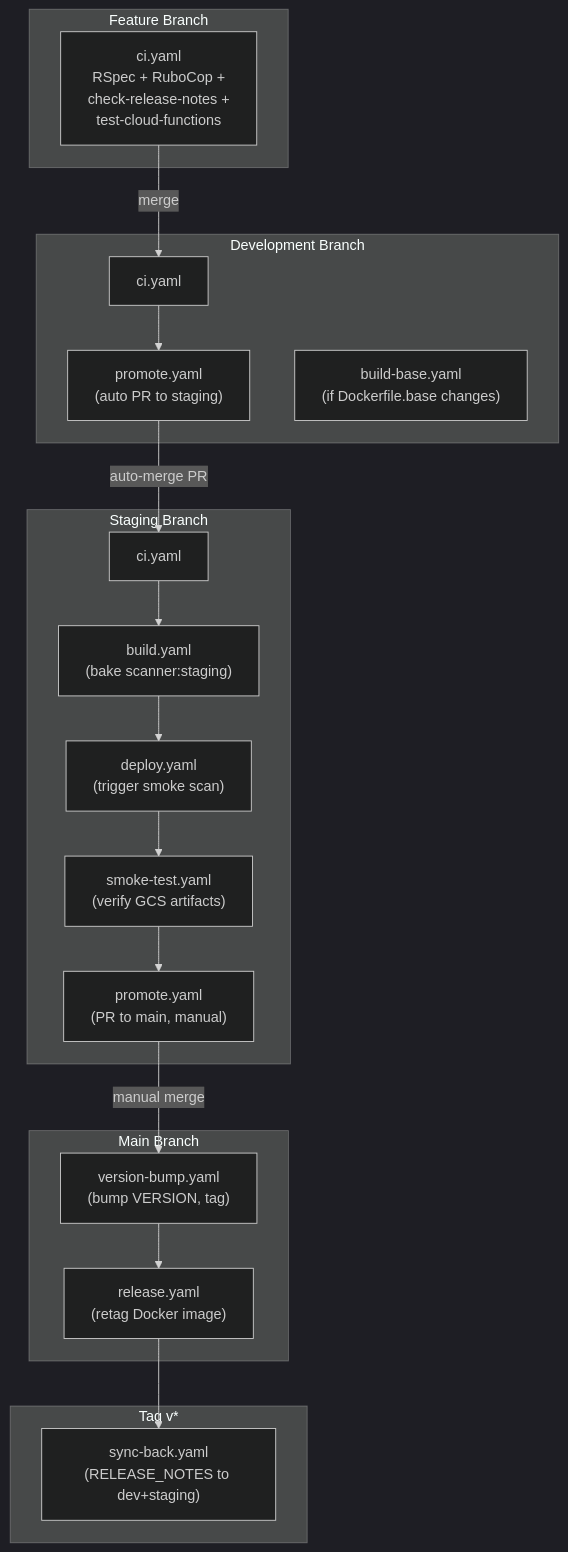
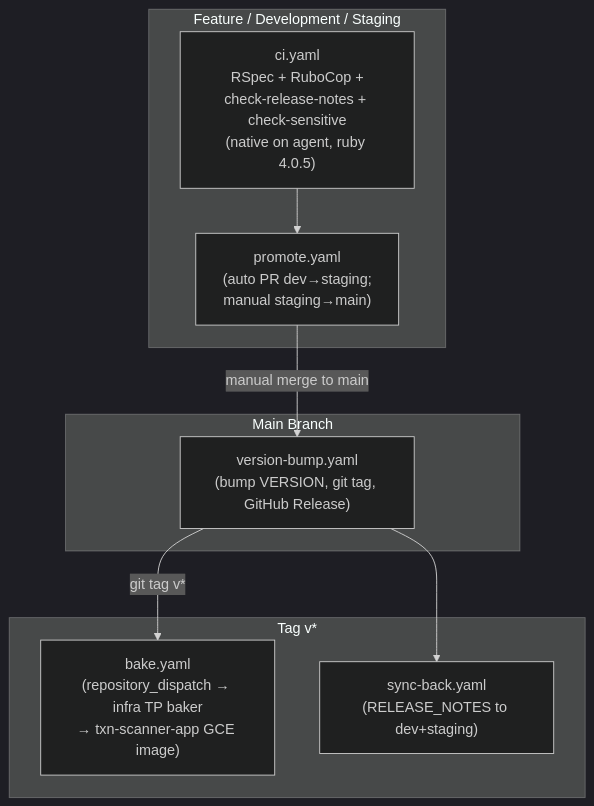
Before and after one commit to Peregrine-Technology-Systems/peregrine-penetrator-scanner: diagram 15 of 23 in docs/ARCHITECTURE.md, drawn with Mermaid (dark theme). The commit also changed other lines of this file and 2 other files, not shown here.

First line of the commit message:
docs: finalize org-native docs — Docker removed, native is live (#916)

````diff
--- a/docs/ARCHITECTURE.md
+++ b/docs/ARCHITECTURE.md
@@ -581,40 +583,21 @@
 ```mermaid
 flowchart TD
-    subgraph "Feature Branch"
-        CI_F["ci.yaml<br/>RSpec + RuboCop +<br/>check-release-notes +<br/>test-cloud-functions"]
-    end
-
-    subgraph "Development Branch"
-        CI_D["ci.yaml"]
-        P_D["promote.yaml<br/>(auto PR to staging)"]
-        BB["build-base.yaml<br/>(if Dockerfile.base changes)"]
-    end
-
-    subgraph "Staging Branch"
-        CI_S["ci.yaml"]
-        BUILD["build.yaml<br/>(bake scanner:staging)"]
-        DEPLOY["deploy.yaml<br/>(trigger smoke scan)"]
-        SMOKE["smoke-test.yaml<br/>(verify GCS artifacts)"]
-        P_S["promote.yaml<br/>(PR to main, manual)"]
+    subgraph "Feature / Development / Staging"
+        CI["ci.yaml<br/>RSpec + RuboCop +<br/>check-release-notes + check-sensitive<br/>(native on agent, ruby 4.0.5)"]
+        PROM["promote.yaml<br/>(auto PR dev→staging;<br/>manual staging→main)"]
     end
 
     subgraph "Main Branch"
-        VB["version-bump.yaml<br/>(bump VERSION, tag)"]
-        REL["release.yaml<br/>(retag Docker image)"]
+        VB["version-bump.yaml<br/>(bump VERSION, git tag, GitHub Release)"]
     end
 
     subgraph "Tag v*"
+        BAKE["bake.yaml<br/>(repository_dispatch → infra TP baker<br/>→ txn-scanner-app GCE image)"]
         SB["sync-back.yaml<br/>(RELEASE_NOTES to dev+staging)"]
     end
 
-    CI_F -->|"merge"| CI_D
-    CI_D --> P_D
-    P_D -->|"auto-merge PR"| CI_S
-    CI_S --> BUILD
-    BUILD --> DEPLOY
-    DEPLOY --> SMOKE
-    SMOKE --> P_S
-    P_S -->|"manual merge"| VB
-    VB --> REL
-    REL --> SB
+    CI --> PROM
+    PROM -->|"manual merge to main"| VB
+    VB -->|"git tag v*"| BAKE
+    VB --> SB
 ```
````
